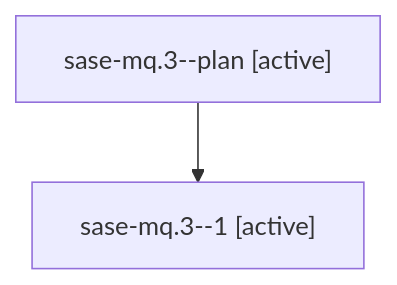
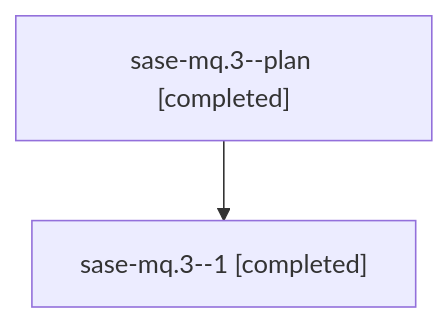
Before and after one commit to sase-org/sase--agents: the diagram in families/bbugyi200.athena.sase-mq.3.md, drawn with Mermaid. The commit also changed other lines of this file and 29 other files, not shown here.

````diff
--- a/families/bbugyi200.athena.sase-mq.3.md
+++ b/families/bbugyi200.athena.sase-mq.3.md
@@ -9,6 +9,6 @@
 ```mermaid
 flowchart TD
-  n0["sase-mq.3--plan [active]"]
-  n1["sase-mq.3--1 [active]"]
+  n0["sase-mq.3--plan [completed]"]
+  n1["sase-mq.3--1 [completed]"]
   n0 --> n1
 ```
````
